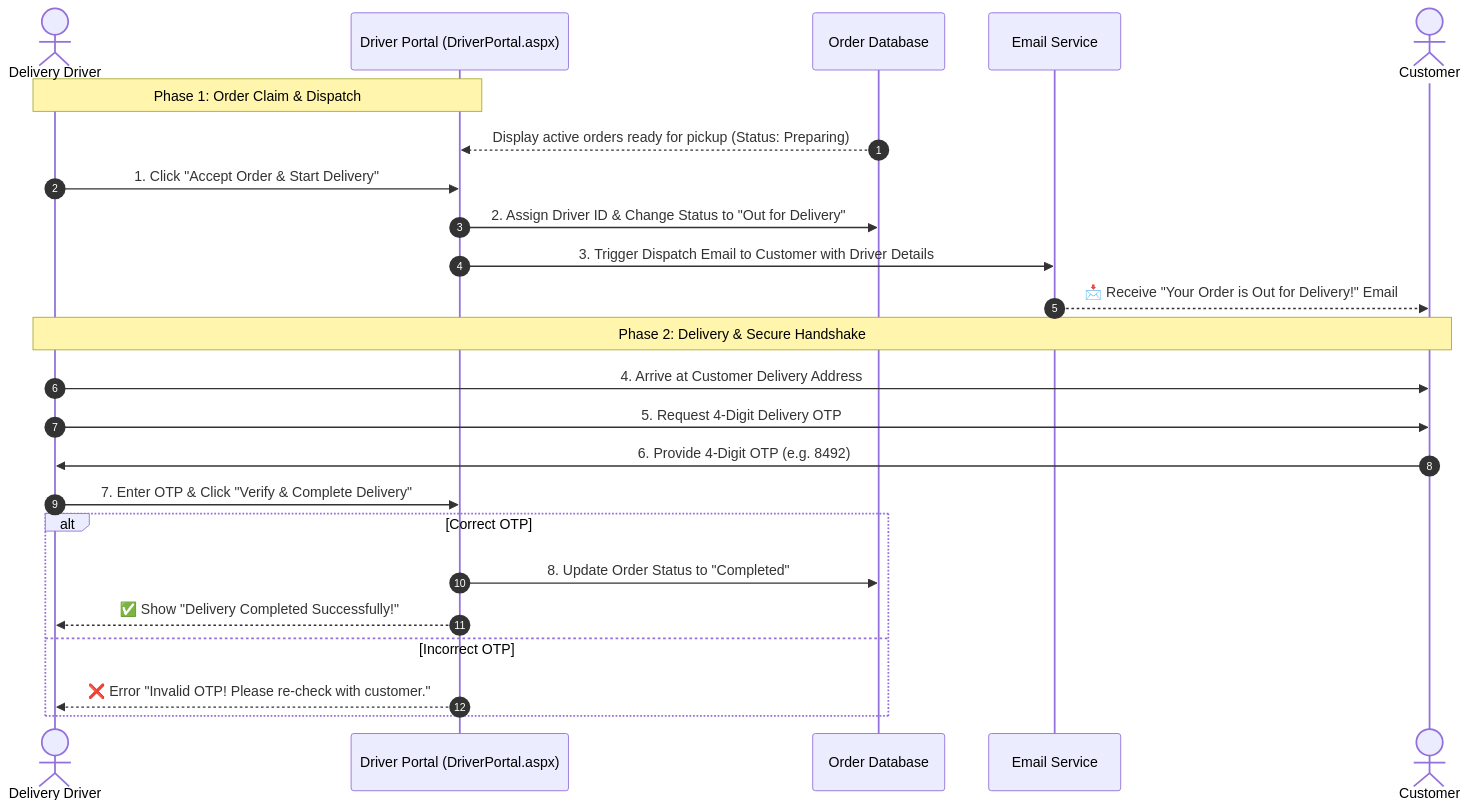
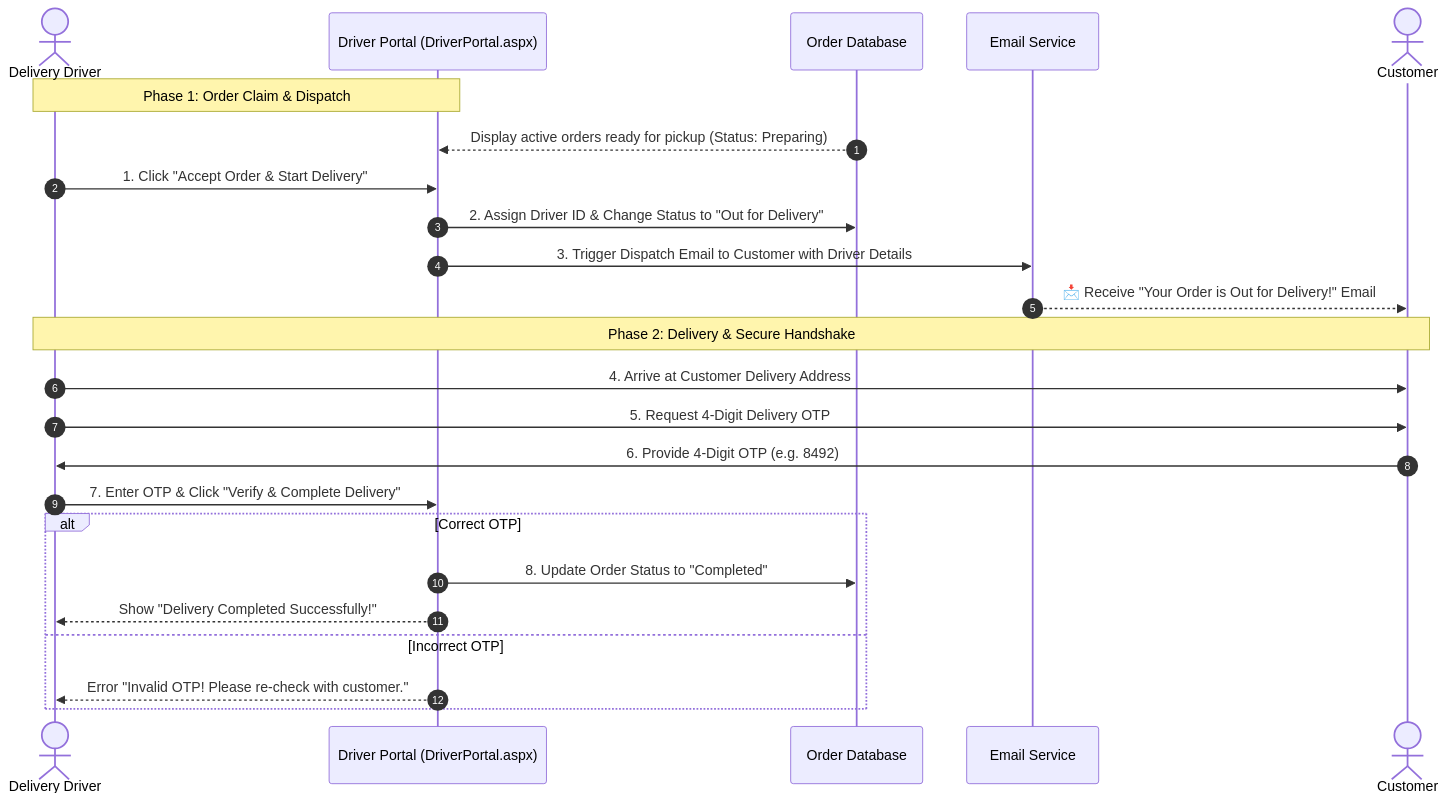
Before and after one commit to vinitsonii/Cloud-kitchen-management-system: the diagram in CLoud Kitchen Project/Cloud Kitchen/docs/3_DELIVERY_DRIVER_WORKFLOW.md, drawn with Mermaid. The commit also changed 2 other files, not shown here.

Commit message:
docs: Clean Mermaid diagram syntax for 100% universal Markdown preview rendering compatibility

````diff
--- a/CLoud Kitchen Project/Cloud Kitchen/docs/3_DELIVERY_DRIVER_WORKFLOW.md
+++ b/CLoud Kitchen Project/Cloud Kitchen/docs/3_DELIVERY_DRIVER_WORKFLOW.md
@@ -24,30 +24,30 @@
 ```mermaid
 sequenceDiagram
     autonumber
     actor Driver as Delivery Driver
     participant DriverPortal as Driver Portal (DriverPortal.aspx)
     participant KitchenDB as Order Database
     participant Email as Email Service
     actor Customer as Customer
 
     Note over Driver,DriverPortal: Phase 1: Order Claim & Dispatch
     KitchenDB-->>DriverPortal: Display active orders ready for pickup (Status: Preparing)
     Driver->>DriverPortal: 1. Click "Accept Order & Start Delivery"
     DriverPortal->>KitchenDB: 2. Assign Driver ID & Change Status to "Out for Delivery"
     DriverPortal->>Email: 3. Trigger Dispatch Email to Customer with Driver Details
     Email-->>Customer: 📩 Receive "Your Order is Out for Delivery!" Email
 
     Note over Driver,Customer: Phase 2: Delivery & Secure Handshake
     Driver->>Customer: 4. Arrive at Customer Delivery Address
     Driver->>Customer: 5. Request 4-Digit Delivery OTP
     Customer->>Driver: 6. Provide 4-Digit OTP (e.g. 8492)
     
     Driver->>DriverPortal: 7. Enter OTP & Click "Verify & Complete Delivery"
     
     alt Correct OTP
         DriverPortal->>KitchenDB: 8. Update Order Status to "Completed"
-        DriverPortal-->>Driver: ✅ Show "Delivery Completed Successfully!"
+        DriverPortal-->>Driver: Show "Delivery Completed Successfully!"
     else Incorrect OTP
-        DriverPortal-->>Driver: ❌ Error "Invalid OTP! Please re-check with customer."
+        DriverPortal-->>Driver: Error "Invalid OTP! Please re-check with customer."
     end
 ```
````
